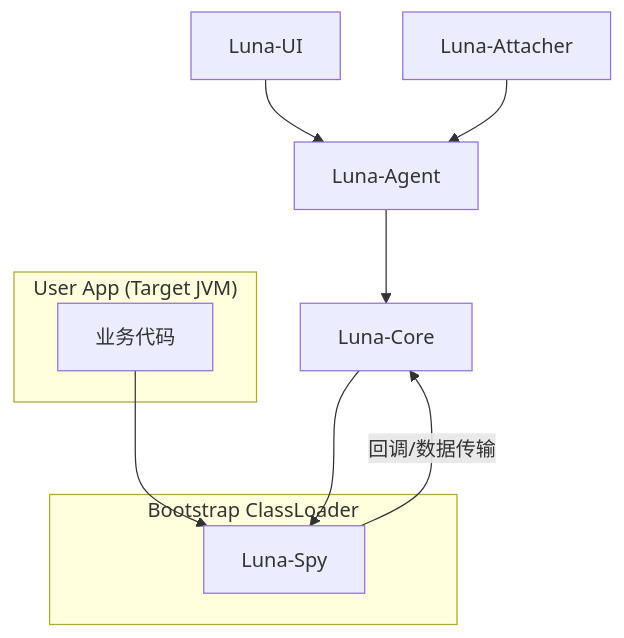
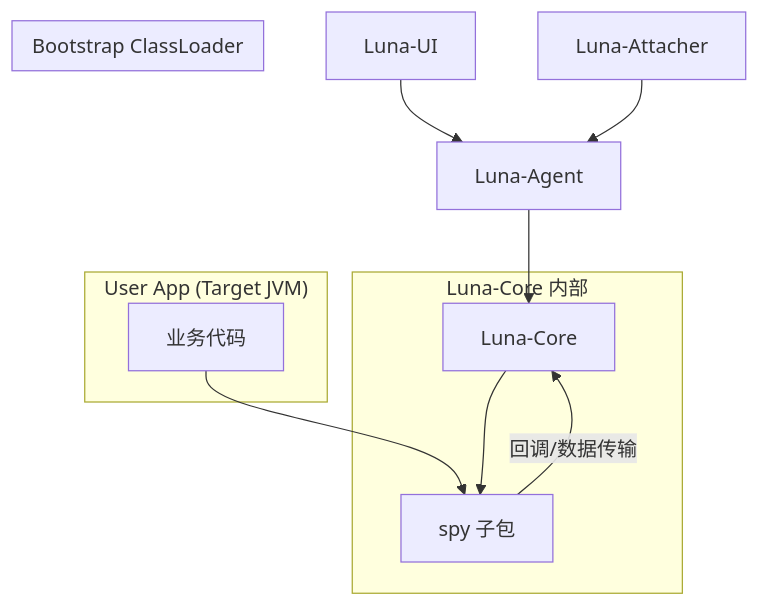
One commit to Tonys-L/Luna changed the first of 17 diagrams in doc/技术架构设计.md. Above: the diagram before and after it, drawn with Mermaid. The commit also changed other lines of this file and 141 other files, not shown here.

````diff
--- a/doc/技术架构设计.md
+++ b/doc/技术架构设计.md
@@ -23,17 +23,20 @@
 ```mermaid
 graph TD
     UI[Luna-UI] --> Agent[Luna-Agent]
     Attacher[Luna-Attacher] --> Agent
     Agent --> Core[Luna-Core]
-    Core --> Spy[Luna-Spy]
+
+    subgraph "Luna-Core 内部"
+        Core --> SpyPkg[spy 子包]
+    end
 
     subgraph "Bootstrap ClassLoader"
-        Spy
+        SpyPkg
     end
 
     subgraph "User App (Target JVM)"
-        BusinessCode[业务代码] --> Spy
+        BusinessCode[业务代码] --> SpyPkg
     end
 
-    Spy -- "回调/数据传输" --> Core
+    SpyPkg -- "回调/数据传输" --> Core
 ```
````
